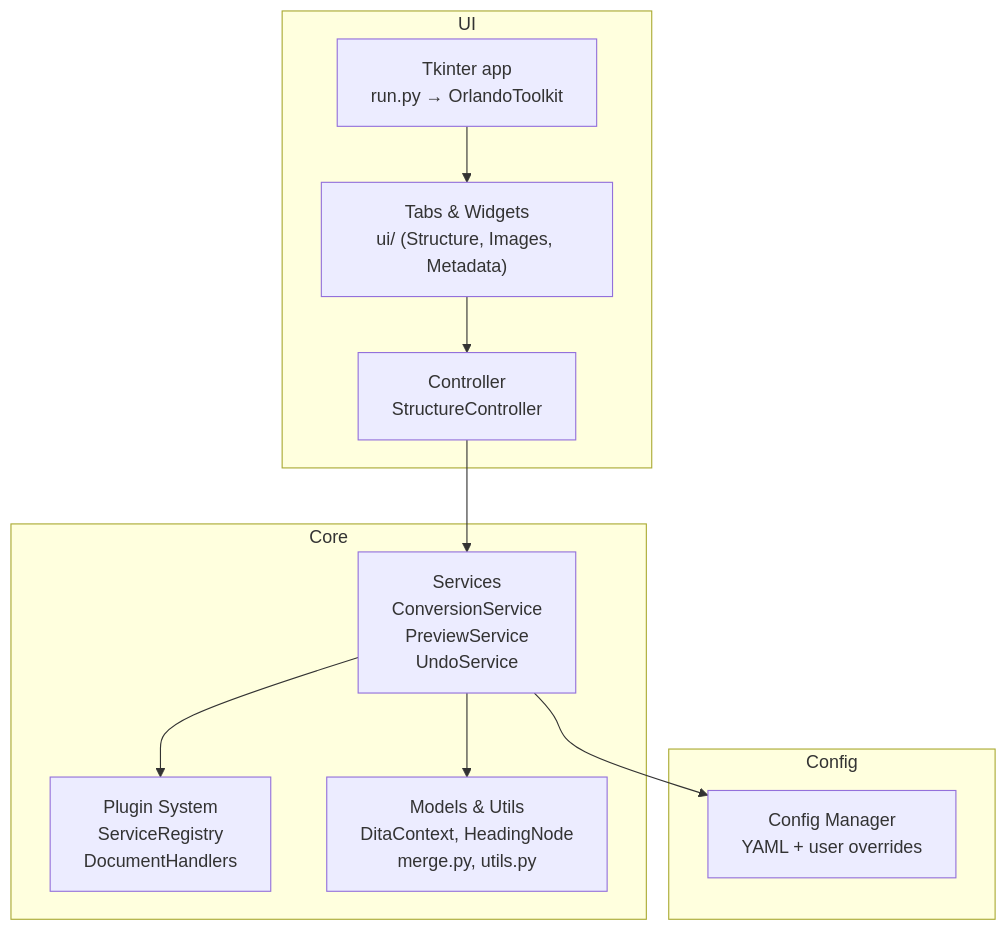
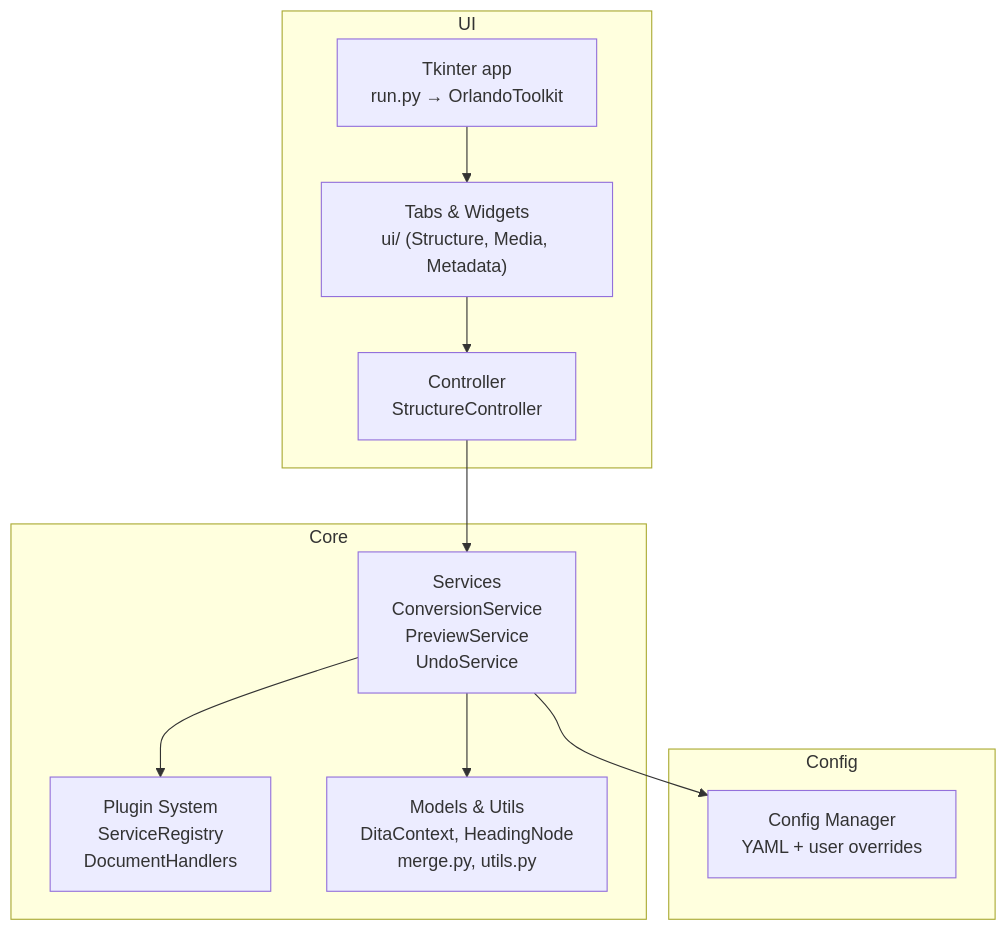
Before and after one commit to Orsso/orlando-toolkit: the diagram in docs/architecture_overview.md, drawn with Mermaid. The commit also changed other lines of this file and 8 other files, not shown here.

````diff
--- a/docs/architecture_overview.md
+++ b/docs/architecture_overview.md
@@ -15,21 +15,21 @@
 ```mermaid
 flowchart TD
   subgraph UI
     A1["Tkinter app<br/>run.py → OrlandoToolkit"]
-    A2["Tabs & Widgets<br/>ui/ (Structure, Images, Metadata)"]
+    A2["Tabs & Widgets<br/>ui/ (Structure, Media, Metadata)"]
     A3["Controller<br/>StructureController"]
   end
   subgraph Core
     B1["Services<br/>ConversionService<br/>PreviewService<br/>UndoService"]
     B2["Plugin System<br/>ServiceRegistry<br/>DocumentHandlers"]
     B3["Models & Utils<br/>DitaContext, HeadingNode<br/>merge.py, utils.py"]
   end
   subgraph Config
     C1["Config Manager<br/>YAML + user overrides"]
   end
 
   A1 --> A2 --> A3 --> B1
   B1 --> B2
   B1 --> B3
   B1 --> C1
 ```
````
